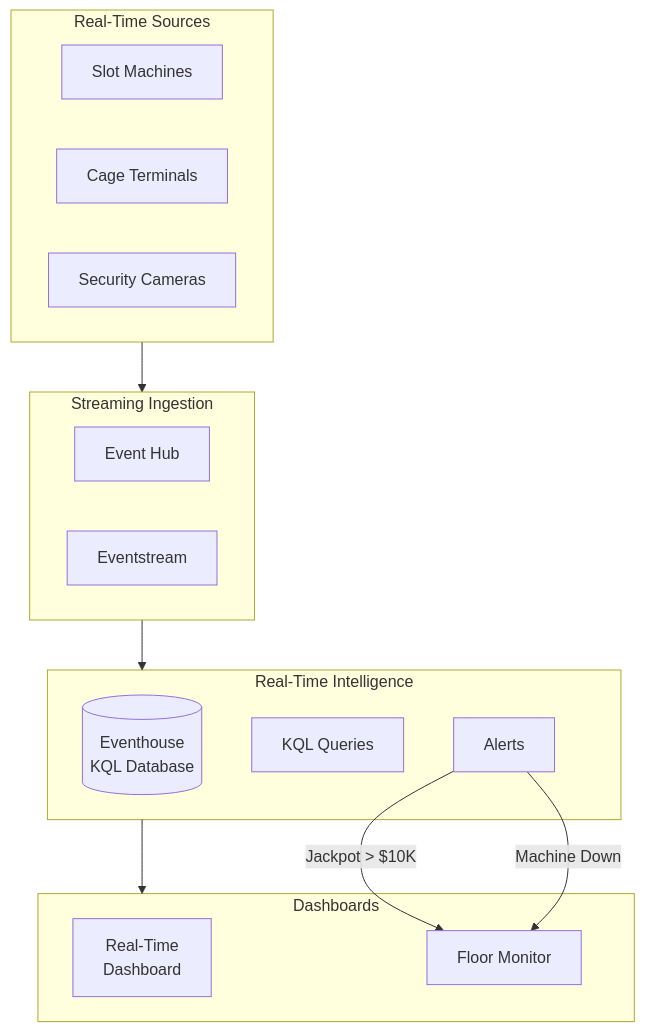
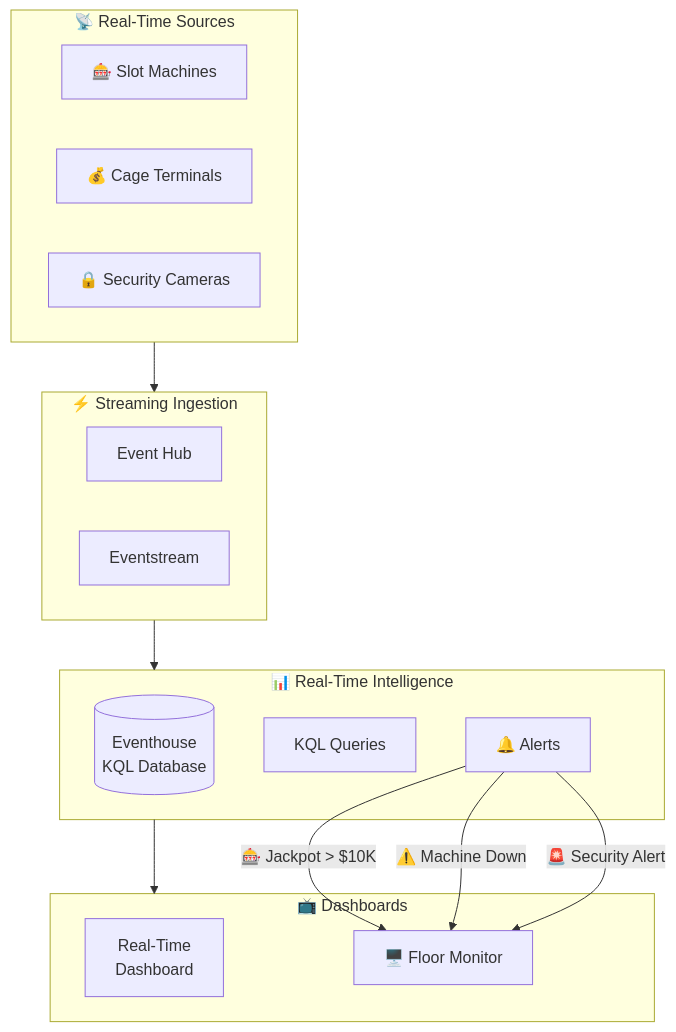
One commit to fgarofalo56/Suppercharge_Microsoft_Fabric changed the third of 7 diagrams in docs/diagrams/architecture-overview.md. Above: the diagram before and after it, drawn with Mermaid. The commit also changed other lines of this file and 130 other files, not shown here.

````diff
--- a/docs/diagrams/architecture-overview.md
+++ b/docs/diagrams/architecture-overview.md
@@ -114,31 +155,32 @@
 ```mermaid
 flowchart TB
-    subgraph Sources["Real-Time Sources"]
-        SLOT[Slot Machines]
-        CAGE[Cage Terminals]
-        SEC[Security Cameras]
+    subgraph Sources["📡 Real-Time Sources"]
+        SLOT["🎰 Slot Machines"]
+        CAGE["💰 Cage Terminals"]
+        SEC["🔒 Security Cameras"]
     end
 
-    subgraph Streaming["Streaming Ingestion"]
-        EH[Event Hub]
-        ES[Eventstream]
+    subgraph Streaming["⚡ Streaming Ingestion"]
+        EH["Event Hub"]
+        ES["Eventstream"]
     end
 
-    subgraph RealTime["Real-Time Intelligence"]
-        EH_DB[(Eventhouse<br/>KQL Database)]
-        KQL[KQL Queries]
-        ALERT[Alerts]
+    subgraph RealTime["📊 Real-Time Intelligence"]
+        EH_DB[("Eventhouse<br/>KQL Database")]
+        KQL["KQL Queries"]
+        ALERT["🔔 Alerts"]
     end
 
-    subgraph Dashboard["Dashboards"]
-        RT_DASH[Real-Time<br/>Dashboard]
-        FLOOR[Floor Monitor]
+    subgraph Dashboard["📺 Dashboards"]
+        RT_DASH["Real-Time<br/>Dashboard"]
+        FLOOR["🖥️ Floor Monitor"]
     end
 
     Sources --> Streaming
     Streaming --> RealTime
     RealTime --> Dashboard
 
-    ALERT -->|"Jackpot > $10K"| FLOOR
-    ALERT -->|"Machine Down"| FLOOR
+    ALERT -->|"🎰 Jackpot > $10K"| FLOOR
+    ALERT -->|"⚠️ Machine Down"| FLOOR
+    ALERT -->|"🚨 Security Alert"| FLOOR
 ```
````
